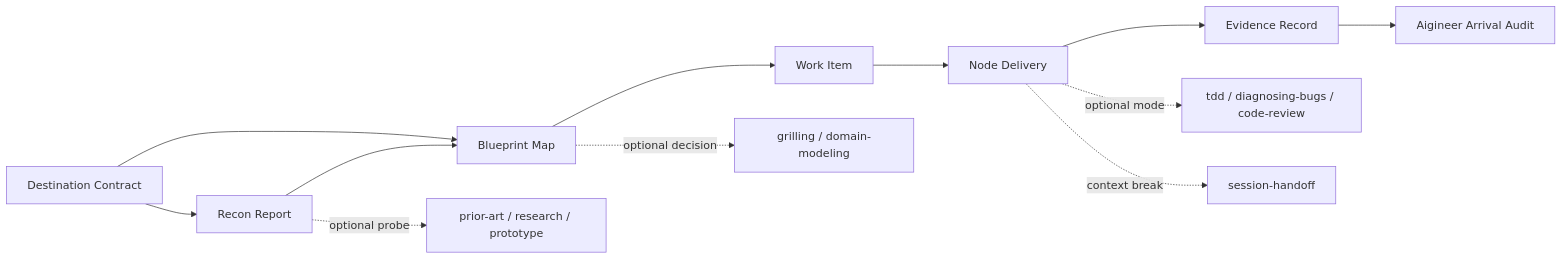
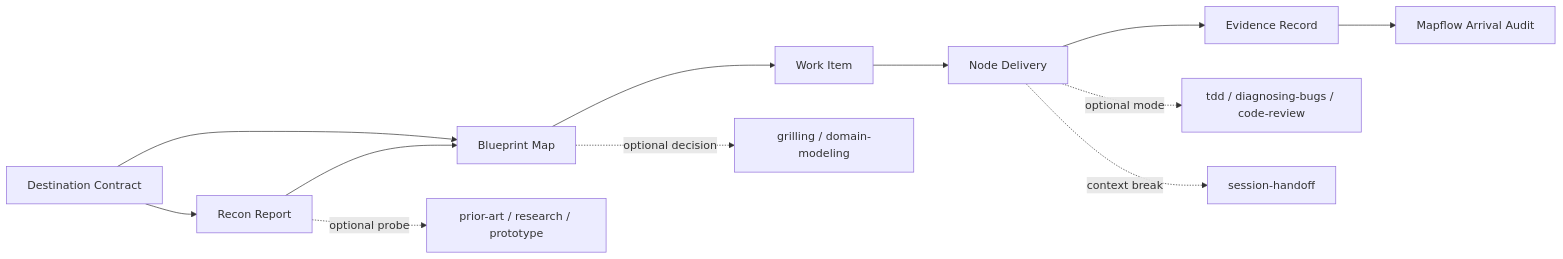
The diagram in docs/blueprint/skill-architecture.md (yuncang123/mapflow), drawn with Mermaid before and after one commit. The commit also changed other lines of this file and 23 other files, not shown here.

````diff
--- a/docs/blueprint/skill-architecture.md
+++ b/docs/blueprint/skill-architecture.md
@@ -151,14 +151,14 @@
 ```mermaid
 flowchart LR
   D[Destination Contract] --> R[Recon Report]
   R --> B[Blueprint Map]
   D --> B
   B --> W[Work Item]
   W --> I[Node Delivery]
   I --> E[Evidence Record]
-  E --> A[Aigineer Arrival Audit]
+  E --> A[Mapflow Arrival Audit]
   R -. optional probe .-> P[prior-art / research / prototype]
   B -. optional decision .-> G[grilling / domain-modeling]
   I -. optional mode .-> T[tdd / diagnosing-bugs / code-review]
   I -. context break .-> H[session-handoff]
 ```
````
